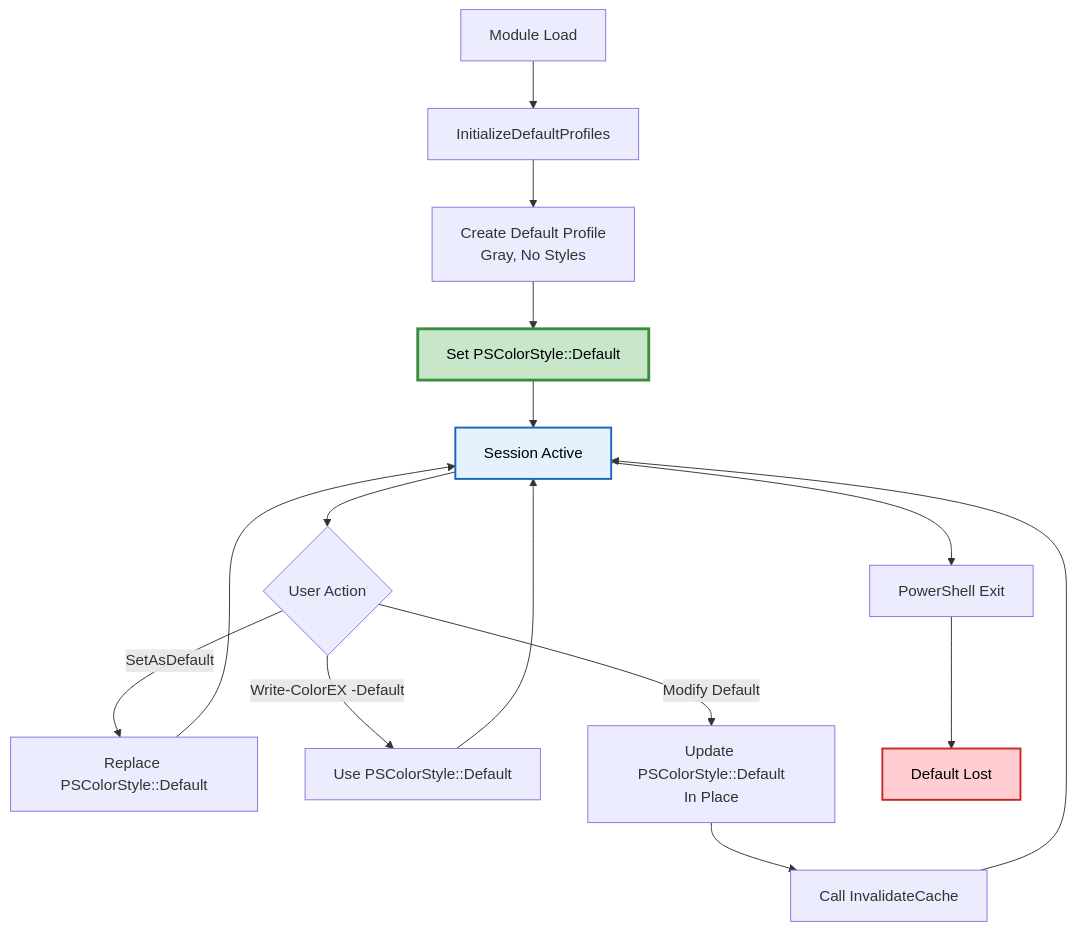
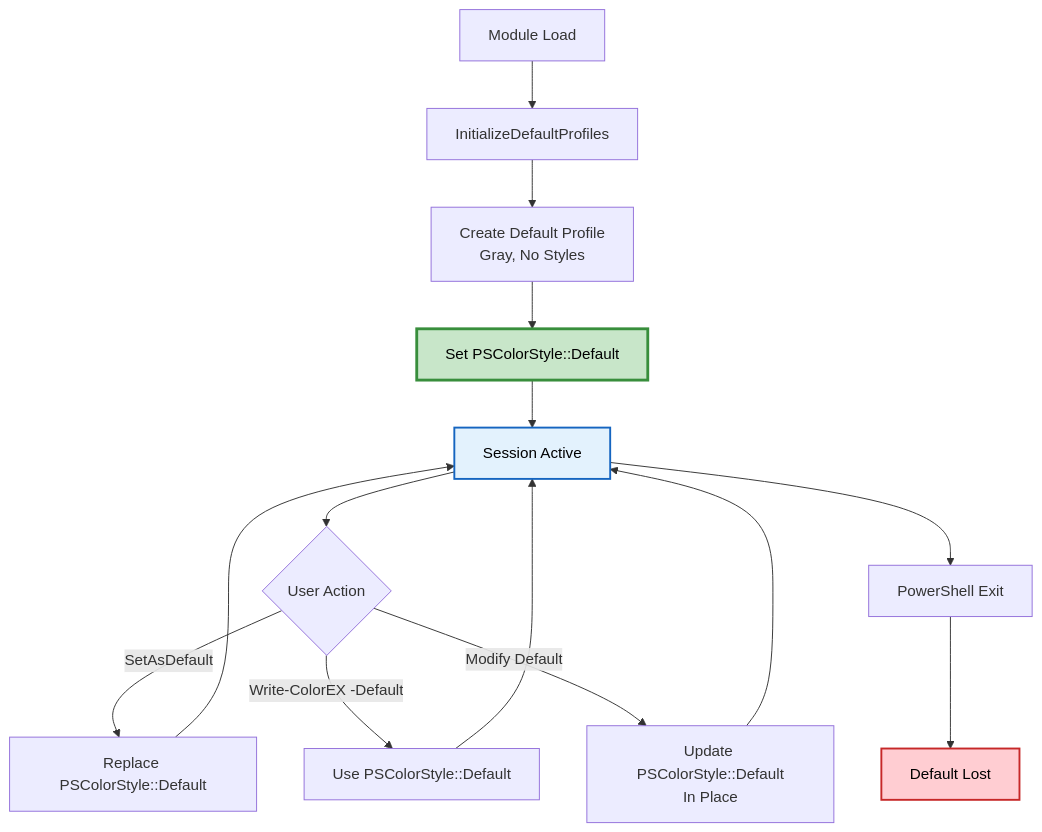
Before and after one commit to MarkusMcNugen/PSWriteColorEX: the first of 2 diagrams in Docs/Public/PSColorStyle-Class.md, drawn with Mermaid. The commit also changed other lines of this file and 10 other files, not shown here.

````diff
--- a/Docs/Public/PSColorStyle-Class.md
+++ b/Docs/Public/PSColorStyle-Class.md
@@ -1113,25 +1063,24 @@
 ```mermaid
 graph TD
     A[Module Load] --> B[InitializeDefaultProfiles]
     B --> C[Create Default Profile<br/>Gray, No Styles]
     C --> D[Set PSColorStyle::Default]
 
     D --> E[Session Active]
 
     E --> F{User Action}
     F -->|SetAsDefault| G[Replace PSColorStyle::Default]
     F -->|Write-ColorEX -Default| H[Use PSColorStyle::Default]
     F -->|Modify Default| I[Update PSColorStyle::Default<br/>In Place]
 
     G --> E
     H --> E
-    I --> J[Call InvalidateCache]
-    J --> E
+    I --> E
 
     E --> K[PowerShell Exit]
     K --> L[Default Lost]
 
     style D fill:#c8e6c9,stroke:#388e3c,stroke-width:3px,color:#000
     style E fill:#e3f2fd,stroke:#1565c0,stroke-width:2px,color:#000
     style L fill:#ffcdd2,stroke:#c62828,stroke-width:2px,color:#000
 ```
````
